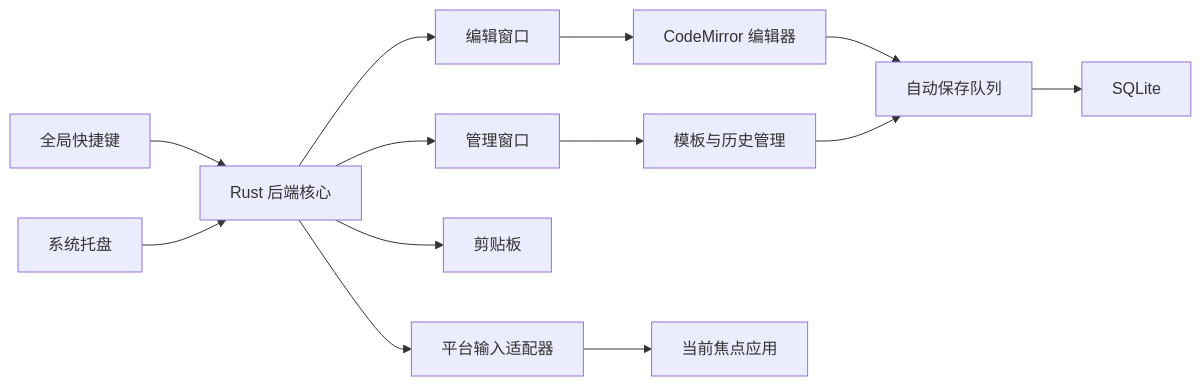
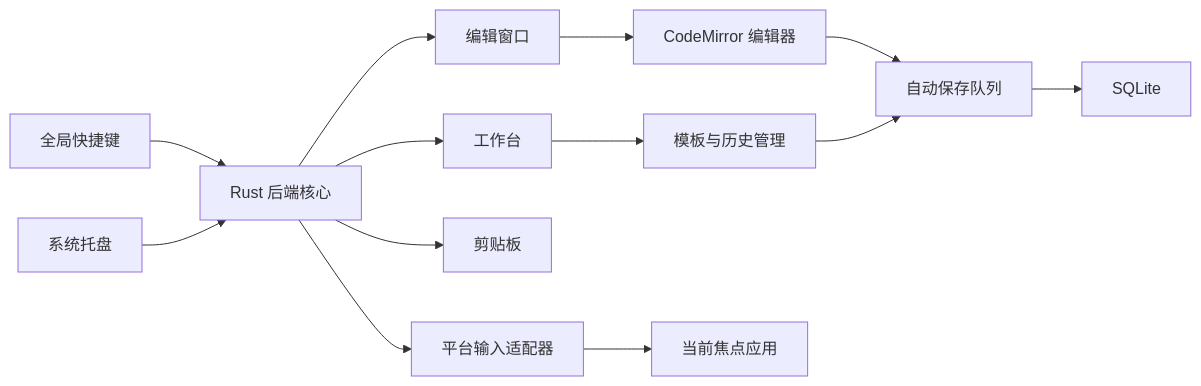
The diagram in docs/demandlist.md (coderyjc/prompt-dock), drawn with Mermaid before and after one commit. The commit also changed other lines of this file and 12 other files, not shown here.

````diff
--- a/docs/demandlist.md
+++ b/docs/demandlist.md
@@ -102,15 +102,15 @@
 ```mermaid
 flowchart LR
     Hotkey["全局快捷键"] --> Core["Rust 后端核心"]
     Tray["系统托盘"] --> Core
     Core --> EditWindow["编辑窗口"]
-    Core --> ManageWindow["管理窗口"]
+    Core --> ManageWindow["工作台"]
     EditWindow --> Editor["CodeMirror 编辑器"]
     ManageWindow --> TemplateUI["模板与历史管理"]
     Editor --> AutoSave["自动保存队列"]
     TemplateUI --> AutoSave
     AutoSave --> DB["SQLite"]
     Core --> Clipboard["剪贴板"]
     Core --> InputAdapter["平台输入适配器"]
     InputAdapter --> TargetApp["当前焦点应用"]
 ```
````
